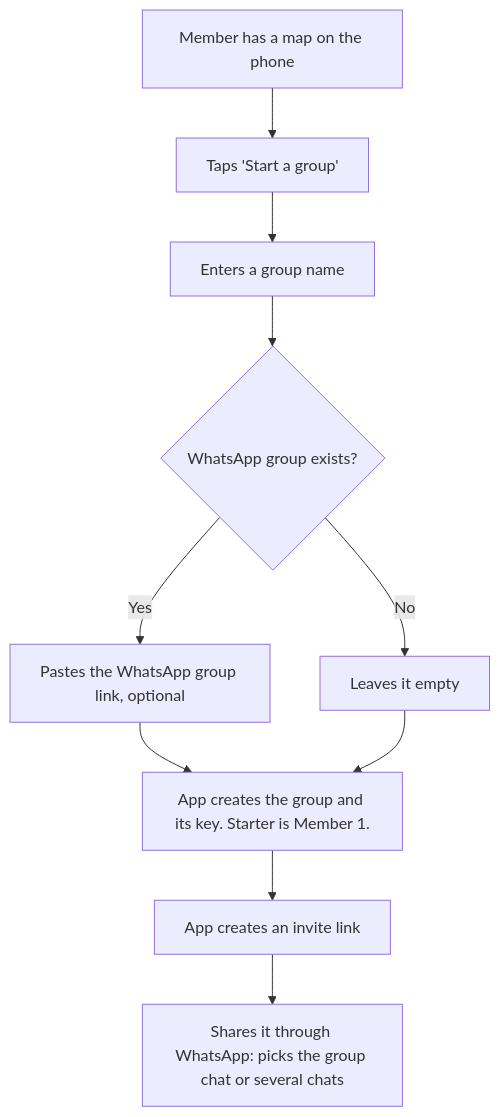
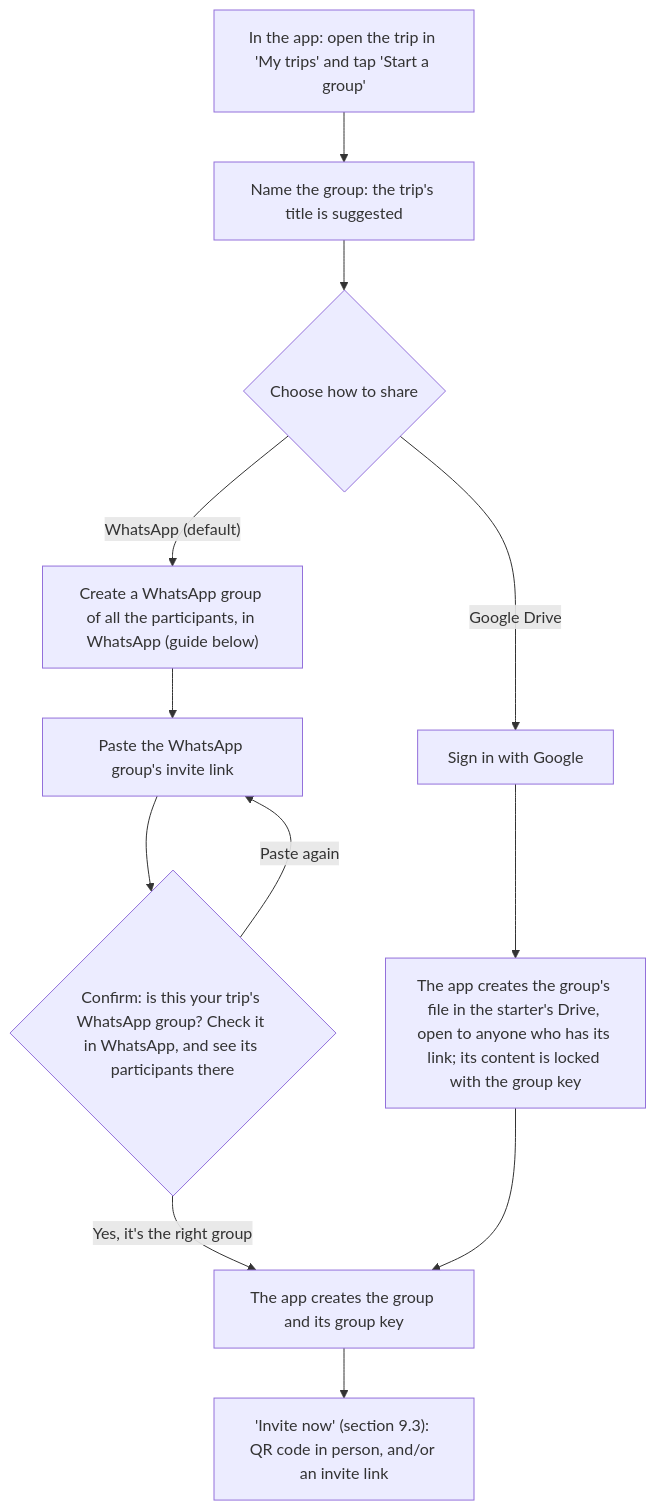
Before and after one commit to projects-rs/trip-map: the first of 3 diagrams in docs/DESIGN.md, drawn with Mermaid. The commit also changed other lines of this file and 3 other files, not shown here.

````diff
--- a/docs/DESIGN.md
+++ b/docs/DESIGN.md
@@ -720,12 +891,14 @@
 ```mermaid
 flowchart TD
-    A[Member has a map on the phone] --> B[Taps 'Start a group']
-    B --> C[Enters a group name]
-    C --> D{WhatsApp group exists?}
-    D -->|Yes| E[Pastes the WhatsApp group link, optional]
-    D -->|No| F[Leaves it empty]
-    E --> G[App creates the group and its key. Starter is Member 1.]
-    F --> G
-    G --> H[App creates an invite link]
-    H --> I[Shares it through WhatsApp: picks the group chat or several chats]
+    A["In the app: open the trip in 'My trips' and tap 'Start a group'"] --> B["Name the group: the trip's title is suggested"]
+    B --> C{"Choose how to share"}
+    C -->|"WhatsApp (default)"| W1["Create a WhatsApp group of all the participants, in WhatsApp (guide below)"]
+    W1 --> W2["Paste the WhatsApp group's invite link"]
+    W2 --> W3{"Confirm: is this your trip's WhatsApp group? Check it in WhatsApp, and see its participants there"}
+    W3 -->|"Paste again"| W2
+    W3 -->|"Yes, it's the right group"| E["The app creates the group and its group key"]
+    C -->|"Google Drive"| D1["Sign in with Google"]
+    D1 --> D2["The app creates the group's file in the starter's Drive, open to anyone who has its link; its content is locked with the group key"]
+    D2 --> E
+    E --> F["'Invite now' (section 9.3): QR code in person, and/or an invite link"]
 ```
````
